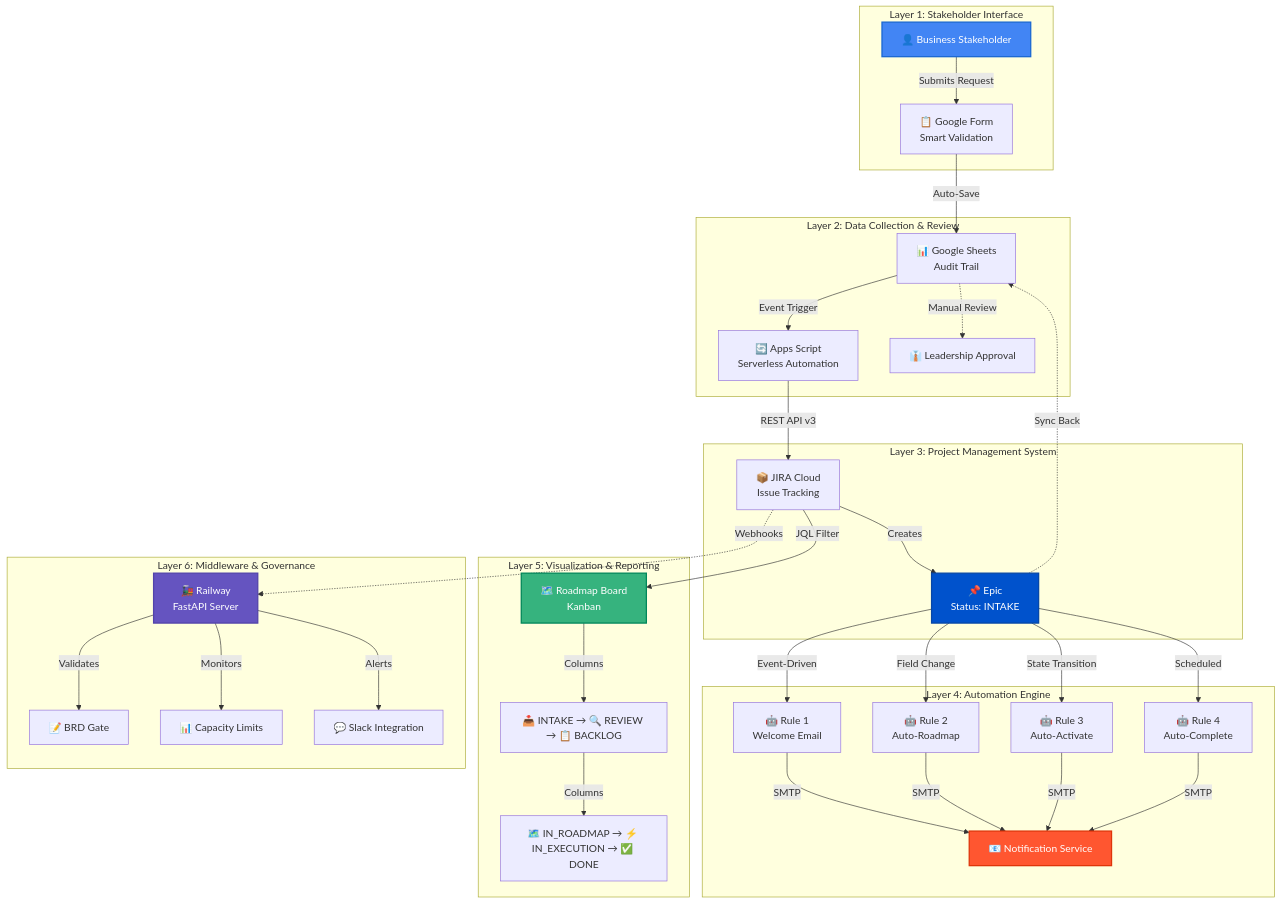
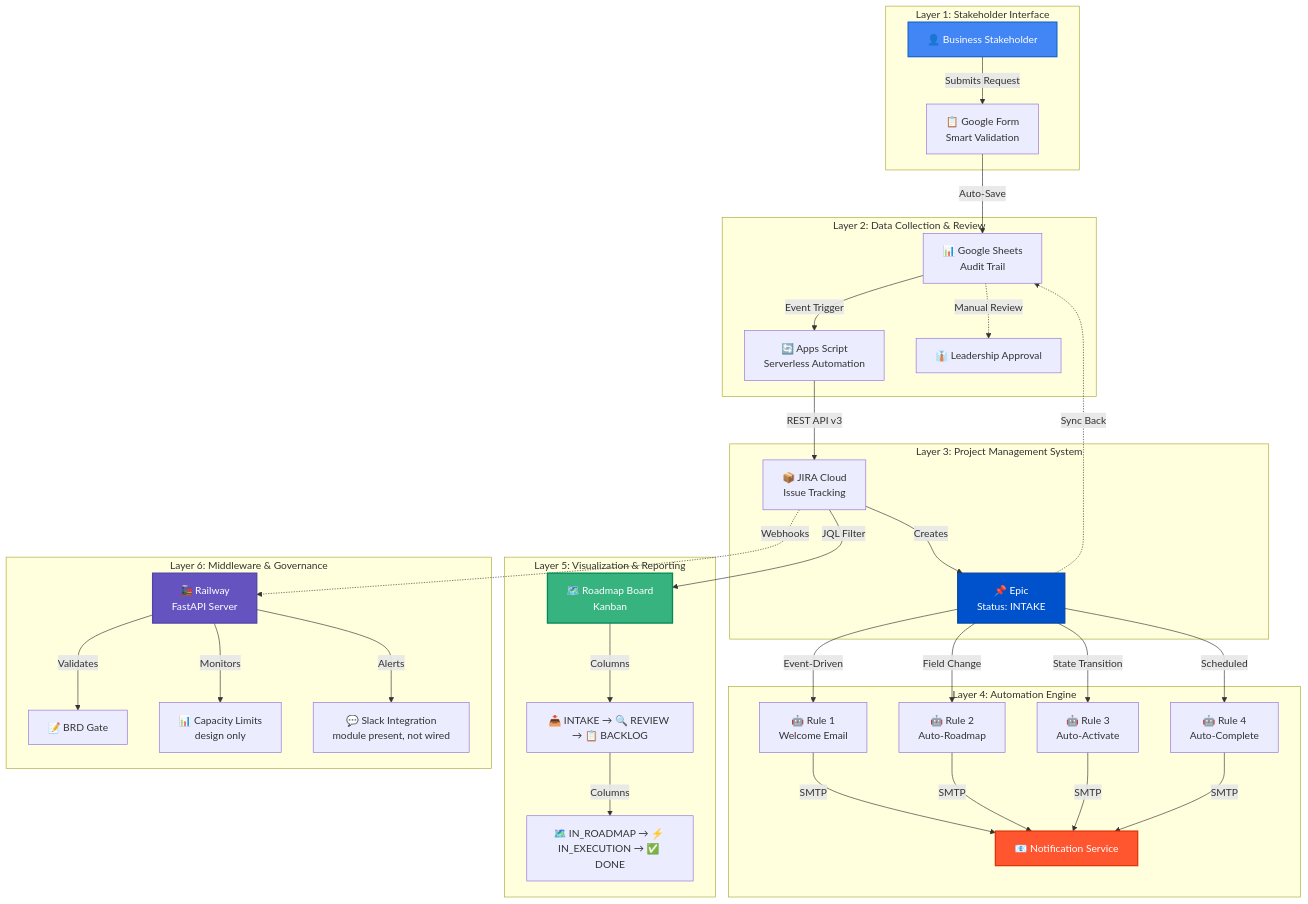
One commit to PlainJane20/pm-automation-system changed the first of 4 diagrams in README.md. Above: the diagram before and after it, drawn with Mermaid. The commit also changed other lines of this file, not shown here.

````diff
--- a/README.md
+++ b/README.md
@@ -153,48 +154,48 @@
 ```mermaid
 graph TB
     subgraph "Layer 1: Stakeholder Interface"
         A1[👤 Business Stakeholder]
         A1 -->|Submits Request| B1[📋 Google Form<br/>Smart Validation]
     end
     
     subgraph "Layer 2: Data Collection & Review"
         B1 -->|Auto-Save| C1[📊 Google Sheets<br/>Audit Trail]
         C1 -->|Event Trigger| D1[🔄 Apps Script<br/>Serverless Automation]
         C1 -.->|Manual Review| C2[👔 Leadership Approval]
     end
     
     subgraph "Layer 3: Project Management System"
         D1 -->|REST API v3| E1[📦 JIRA Cloud<br/>Issue Tracking]
         E1 -->|Creates| F1[📌 Epic<br/>Status: INTAKE]
         F1 -.->|Sync Back| C1
     end
     
     subgraph "Layer 4: Automation Engine"
         F1 -->|Event-Driven| G1[🤖 Rule 1<br/>Welcome Email]
         F1 -->|Field Change| G2[🤖 Rule 2<br/>Auto-Roadmap]
         F1 -->|State Transition| G3[🤖 Rule 3<br/>Auto-Activate]
         F1 -->|Scheduled| G4[🤖 Rule 4<br/>Auto-Complete]
         G1 & G2 & G3 & G4 -->|SMTP| H1[📧 Notification Service]
     end
     
     subgraph "Layer 5: Visualization & Reporting"
         E1 -->|JQL Filter| I1[🗺️ Roadmap Board<br/>Kanban]
         I1 -->|Columns| I2[📥 INTAKE → 🔍 REVIEW → 📋 BACKLOG]
         I2 -->|Columns| I3[🗺️ IN_ROADMAP → ⚡ IN_EXECUTION → ✅ DONE]
     end
     
     subgraph "Layer 6: Middleware & Governance"
         J1[🚂 Railway<br/>FastAPI Server]
         J1 -->|Validates| J2[📝 BRD Gate]
-        J1 -->|Monitors| J3[📊 Capacity Limits]
-        J1 -->|Alerts| J4[💬 Slack Integration]
+        J1 -->|Monitors| J3[📊 Capacity Limits<br/>design only]
+        J1 -->|Alerts| J4[💬 Slack Integration<br/>module present, not wired]
     end
     
     E1 -.->|Webhooks| J1
     
     style A1 fill:#4285F4,stroke:#1967D2,stroke-width:2px,color:#fff
     style F1 fill:#0052CC,stroke:#0747A6,stroke-width:2px,color:#fff
     style I1 fill:#36B37E,stroke:#00875A,stroke-width:2px,color:#fff
     style J1 fill:#6554C0,stroke:#5243AA,stroke-width:2px,color:#fff
     style H1 fill:#FF5630,stroke:#DE350B,stroke-width:2px,color:#fff
 ```
````
